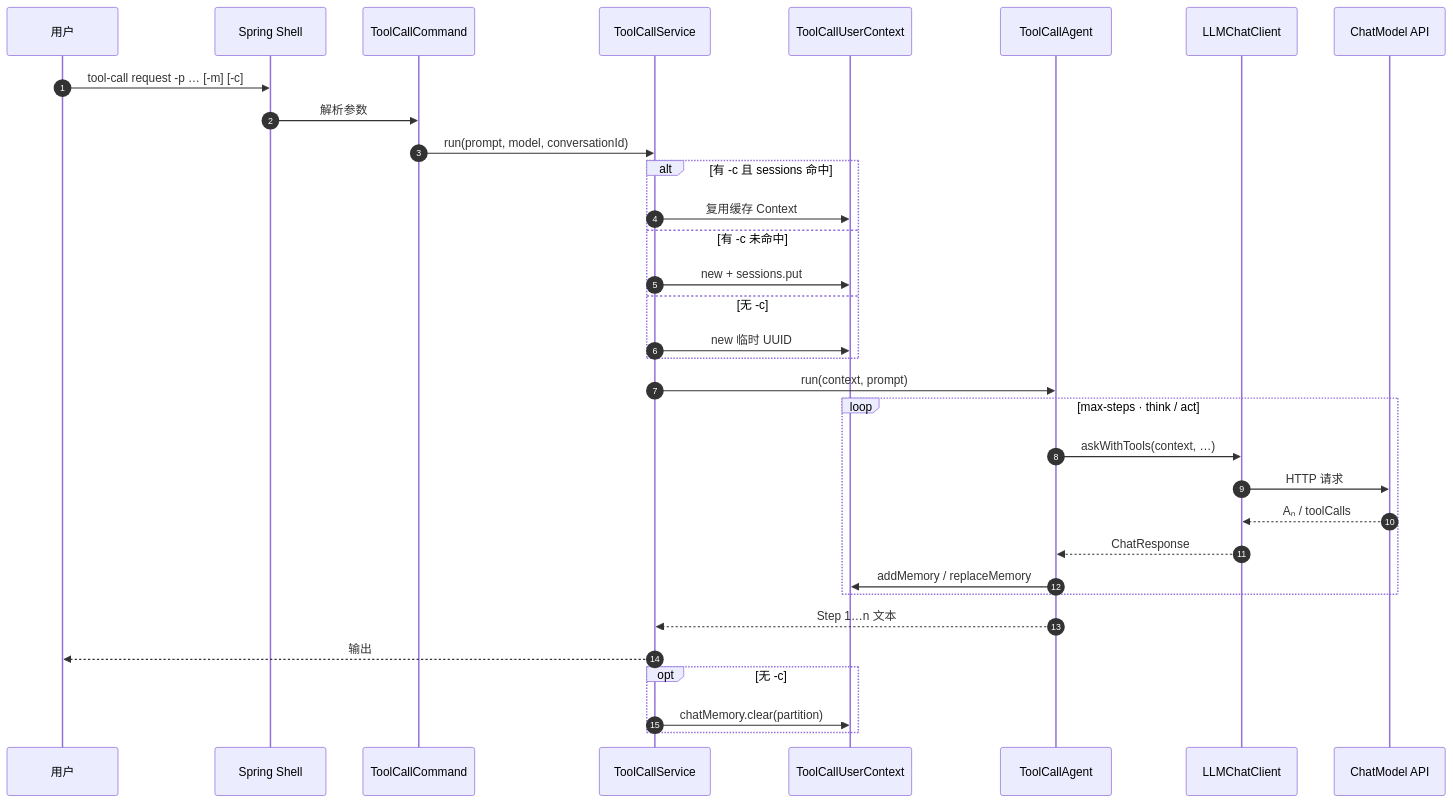
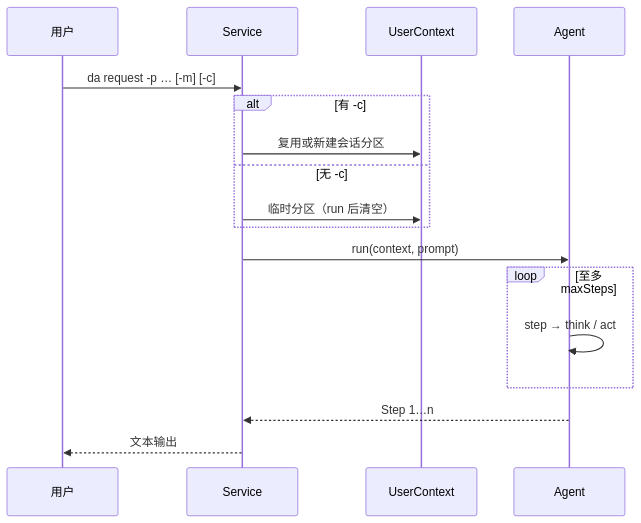
One commit to jixie-wish/Janus changed the diagram in shell/docs/SHELL.md. Above: the diagram before and after it, drawn with Mermaid. The commit also changed other lines of this file and 48 other files, not shown here.

````diff
--- a/shell/docs/SHELL.md
+++ b/shell/docs/SHELL.md
@@ -207,39 +54,20 @@
 ```mermaid
 sequenceDiagram
-    autonumber
     participant U as 用户
-    participant CLI as Spring Shell
-    participant CMD as ToolCallCommand
-    participant SVC as ToolCallService
-    participant Ctx as ToolCallUserContext
-    participant AG as ToolCallAgent
-    participant LC as LLMChatClient
-    participant API as ChatModel API
+    participant SVC as Service
+    participant CTX as UserContext
+    participant AG as Agent
 
-    U->>CLI: tool-call request -p … [-m] [-c]
-    CLI->>CMD: 解析参数
-    CMD->>SVC: run(prompt, model, conversationId)
-
-    alt 有 -c 且 sessions 命中
-        SVC->>Ctx: 复用缓存 Context
-    else 有 -c 未命中
-        SVC->>Ctx: new + sessions.put
+    U->>SVC: da request -p … [-m] [-c]
+    alt 有 -c
+        SVC->>CTX: 复用或新建会话分区
     else 无 -c
-        SVC->>Ctx: new 临时 UUID
+        SVC->>CTX: 临时分区（run 后清空）
     end
-
     SVC->>AG: run(context, prompt)
-    loop max-steps · think / act
-        AG->>LC: askWithTools(context, …)
-        LC->>API: HTTP 请求
-        API-->>LC: Aₙ / toolCalls
-        LC-->>AG: ChatResponse
-        AG->>Ctx: addMemory / replaceMemory
+    loop 至多 maxSteps
+        AG->>AG: step → think / act
     end
-    AG-->>SVC: Step 1…n 文本
-    SVC-->>U: 输出
-
-    opt 无 -c
-        SVC->>Ctx: chatMemory.clear(partition)
-    end
+    AG-->>SVC: Step 1…n
+    SVC-->>U: 文本输出
 ```
````
